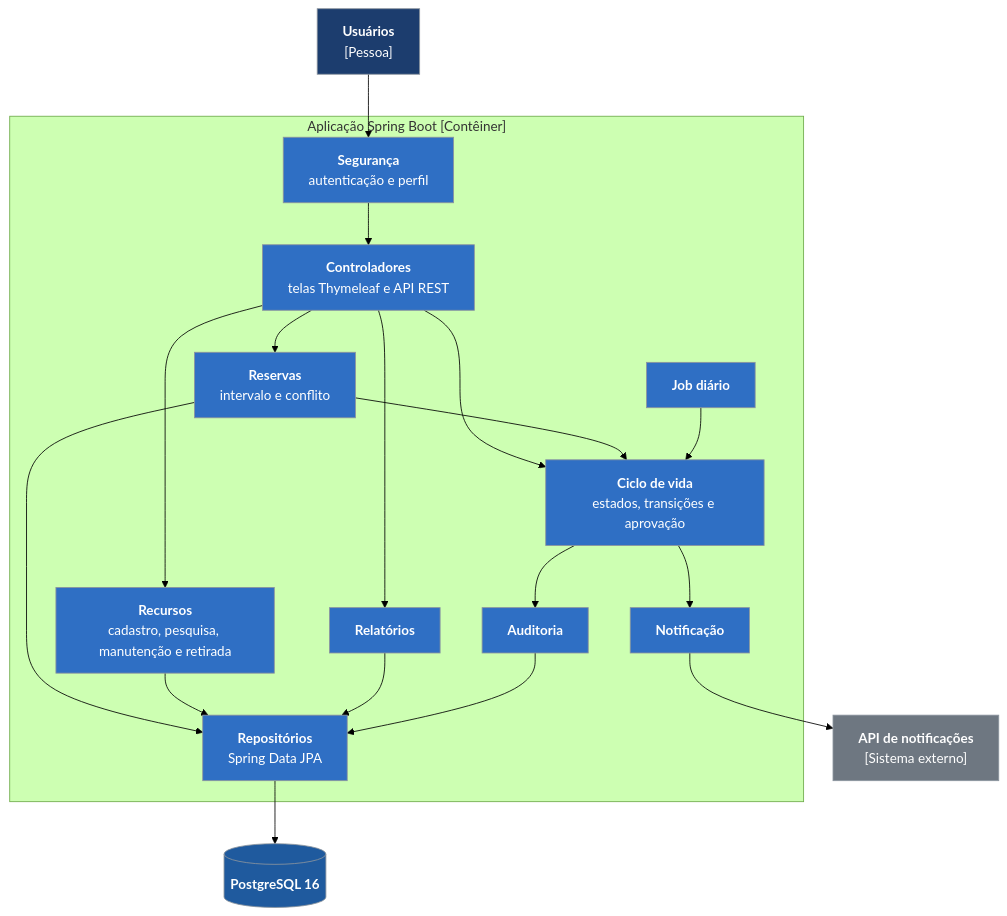
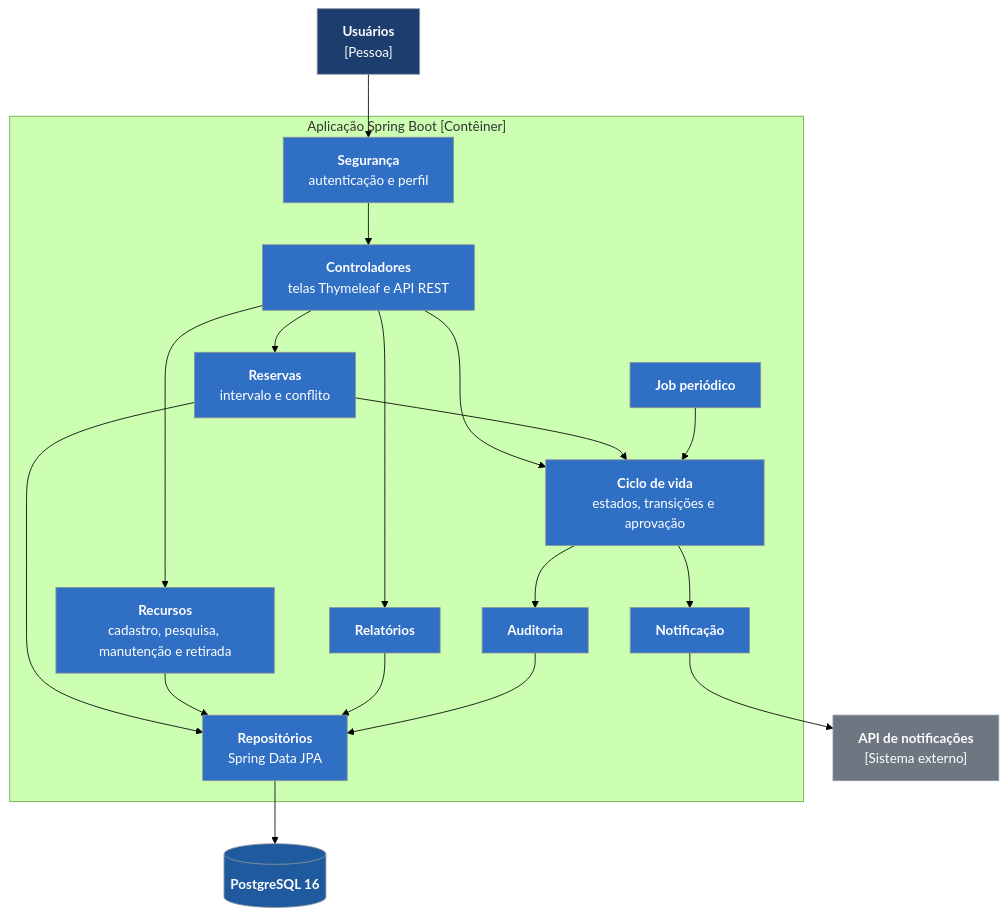
The third of 8 diagrams in docs/arquitetura.md (renatarsilva/projeto-qualidade-software-senac), drawn with Mermaid (forest theme) before and after one commit. The commit also changed other lines of this file and 4 other files, not shown here.

````diff
--- a/docs/arquitetura.md
+++ b/docs/arquitetura.md
@@ -209,45 +209,45 @@
 ```mermaid
 flowchart TB
     usuarios["<b>Usuários</b><br/>[Pessoa]"]
 
     subgraph app["Aplicação Spring Boot [Contêiner]"]
         seguranca["<b>Segurança</b><br/>autenticação e perfil"]
         controladores["<b>Controladores</b><br/>telas Thymeleaf e API REST"]
         reservas["<b>Reservas</b><br/>intervalo e conflito"]
         ciclo["<b>Ciclo de vida</b><br/>estados, transições e aprovação"]
         recursos["<b>Recursos</b><br/>cadastro, pesquisa, manutenção e retirada"]
         relatorios["<b>Relatórios</b>"]
         auditoria["<b>Auditoria</b>"]
         notificacao["<b>Notificação</b>"]
-        job["<b>Job diário</b>"]
+        job["<b>Job periódico</b>"]
         repos["<b>Repositórios</b><br/>Spring Data JPA"]
     end
 
     db[("<b>PostgreSQL 16</b>")]
     ext["<b>API de notificações</b><br/>[Sistema externo]"]
 
     usuarios --> seguranca --> controladores
     controladores --> reservas
     controladores --> recursos
     controladores --> relatorios
     controladores --> ciclo
     reservas --> ciclo
     job --> ciclo
     ciclo --> auditoria
     ciclo --> notificacao
     reservas --> repos
     recursos --> repos
     relatorios --> repos
     auditoria --> repos
     repos --> db
     notificacao --> ext
 
     classDef pessoa fill:#1c3d6e,stroke:#8b949e,color:#ffffff
     classDef componente fill:#2f6fc4,stroke:#8b949e,color:#ffffff
     classDef conteiner fill:#1f5a9e,stroke:#8b949e,color:#ffffff
     classDef externo fill:#6e7781,stroke:#8b949e,color:#ffffff
     class usuarios pessoa
     class seguranca,controladores,reservas,ciclo,recursos,relatorios,auditoria,notificacao,job,repos componente
     class db conteiner
     class ext externo
 ```
````
